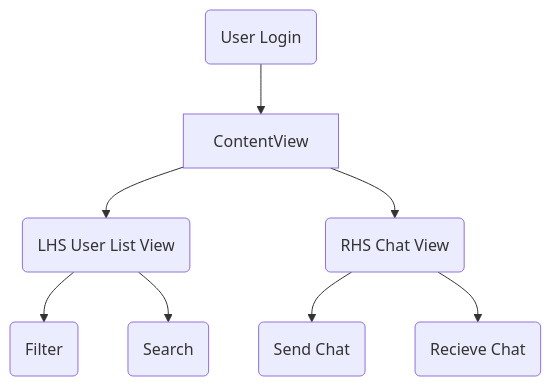
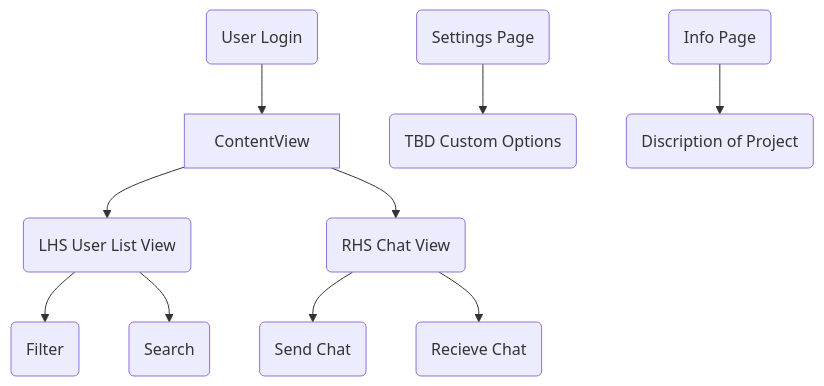
Before and after one commit to kylegav/Chat-App: the diagram in index.md, drawn with Mermaid.

````diff
--- a/index.md
+++ b/index.md
@@ -53,11 +53,13 @@
 ```mermaid
 graph TD;
     A(User Login) --> B[ContentView];
     B --> C(LHS User List View);
     B --> D(RHS Chat View);
     C --> E(Filter);
     C --> F(Search);
     D --> G(Send Chat);
     D --> H(Recieve Chat);
    
+   Z(Settings Page) --> Y(TBD Custom Options)
+   W(Info Page) --> V(Discription of Project)
 ```
````
